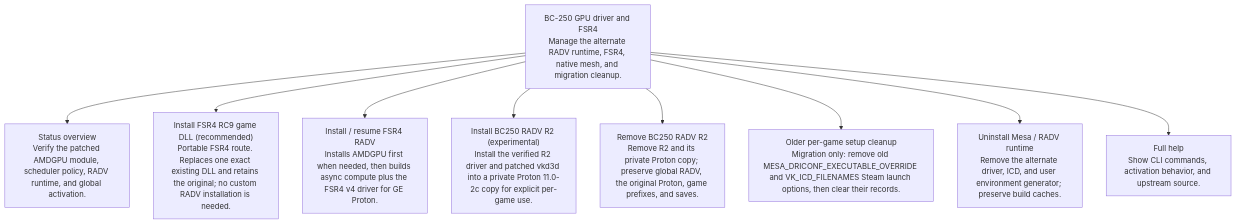
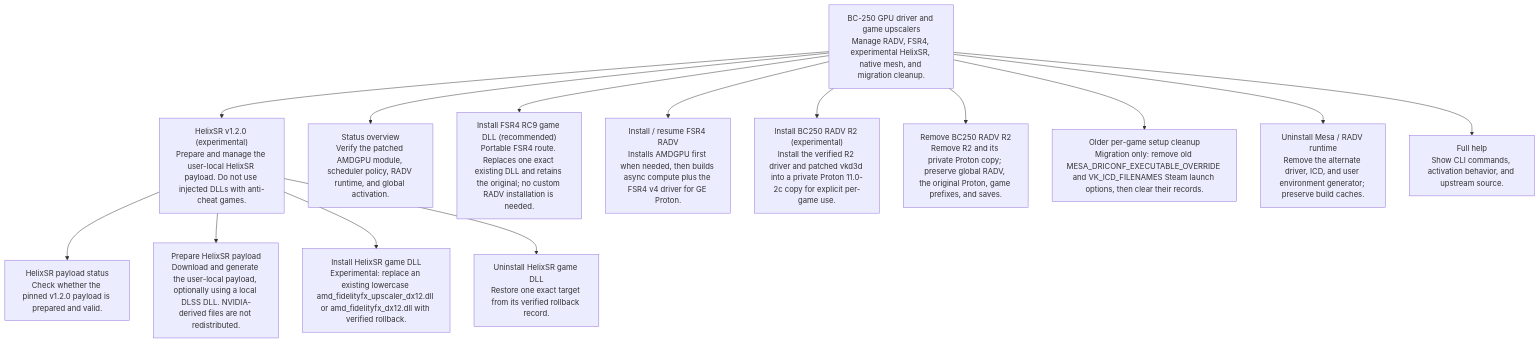
One commit to keyboardspecialist/bc250-steamos changed the diagram in menus/mesh-shader.mmd. Above: the diagram before and after it, drawn with Mermaid. The commit also changed 39 other files, not shown here.

```diff
--- a/menus/mesh-shader.mmd
+++ b/menus/mesh-shader.mmd
@@ -1,21 +1,32 @@
 %% menu-flow-v1
 flowchart TD
 
-menu__root["BC-250 GPU driver and FSR4<br/>Manage the alternate RADV runtime, FSR4, native mesh, and migration cleanup."]:::root
+menu__root["BC-250 GPU driver and game upscalers<br/>Manage RADV, FSR4, experimental HelixSR, native mesh, and migration cleanup."]:::root
+menu__helixsr["HelixSR v1.2.0 (experimental)<br/>Prepare and manage the user-local HelixSR payload. Do not use injected DLLs with anti-cheat games."]:::menu
 action__status["Status overview<br/>Verify the patched AMDGPU module, scheduler policy, RADV runtime, and global activation."]:::read_only
 action__fsr4_dll["Install FSR4 RC9 game DLL (recommended)<br/>Portable FSR4 route. Replaces one exact existing DLL and retains the original; no custom RADV installation is needed."]:::install
+action__helixsr_status["HelixSR payload status<br/>Check whether the pinned v1.2.0 payload is prepared and valid."]:::read_only
+action__helixsr_prepare["Prepare HelixSR payload<br/>Download and generate the user-local payload, optionally using a local DLSS DLL. NVIDIA-derived files are not redistributed."]:::experimental
+action__helixsr_install["Install HelixSR game DLL<br/>Experimental: replace an existing lowercase amd_fidelityfx_upscaler_dx12.dll or amd_fidelityfx_dx12.dll with verified rollback."]:::experimental
+action__helixsr_uninstall["Uninstall HelixSR game DLL<br/>Restore one exact target from its verified rollback record."]:::cleanup
 action__setup["Install / resume FSR4 RADV<br/>Installs AMDGPU first when needed, then builds async compute plus the FSR4 v4 driver for GE Proton."]:::install
 action__native_mesh_install["Install BC250 RADV R2 (experimental)<br/>Install the verified R2 driver and patched vkd3d into a private Proton 11.0-2c copy for explicit per-game use."]:::experimental
 action__native_mesh_remove["Remove BC250 RADV R2<br/>Remove R2 and its private Proton copy; preserve global RADV, the original Proton, game prefixes, and saves."]:::cleanup
 action__legacy_cleanup["Older per-game setup cleanup<br/>Migration only: remove old MESA_DRICONF_EXECUTABLE_OVERRIDE and VK_ICD_FILENAMES Steam launch options, then clear their records."]:::cleanup
 action__uninstall["Uninstall Mesa / RADV runtime<br/>Remove the alternate driver, ICD, and user environment generator; preserve build caches."]:::cleanup
 action__help["Full help<br/>Show CLI commands, activation behavior, and upstream source."]:::read_only
 
 menu__root --> action__status
 menu__root --> action__fsr4_dll
+menu__root --> menu__helixsr
 menu__root --> action__setup
 menu__root --> action__native_mesh_install
 menu__root --> action__native_mesh_remove
 menu__root --> action__legacy_cleanup
 menu__root --> action__uninstall
 menu__root --> action__help
+
+menu__helixsr --> action__helixsr_status
+menu__helixsr --> action__helixsr_prepare
+menu__helixsr --> action__helixsr_install
+menu__helixsr --> action__helixsr_uninstall
```
